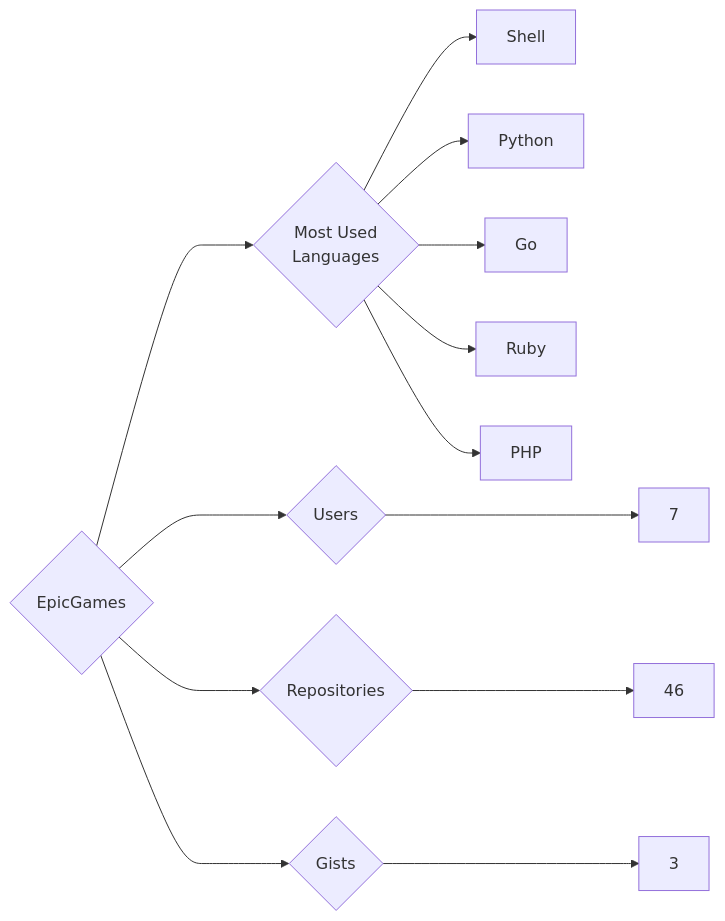
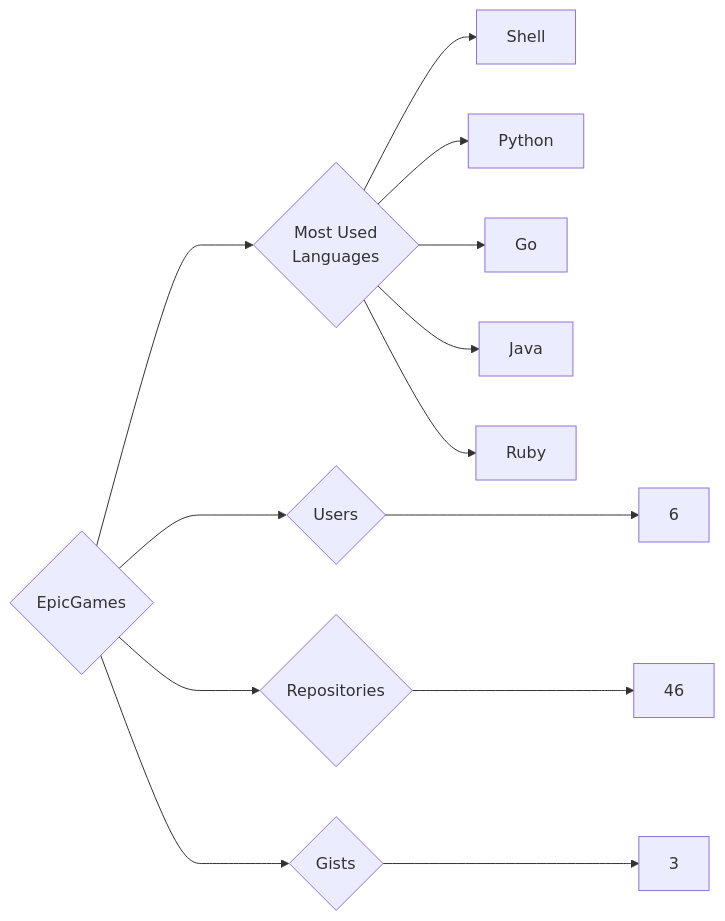
One commit to trickest/insiders changed the diagram in targets/EpicGames/README.md. Above: the diagram before and after it, drawn with Mermaid. The commit also changed 988 other files, not shown here.

````diff
--- a/targets/EpicGames/README.md
+++ b/targets/EpicGames/README.md
@@ -3,13 +3,13 @@
 ```mermaid
 graph LR
 COMPANY_NAME{EpicGames}
-COMPANY_NAME ---> U{Users} ---> UN[7]
+COMPANY_NAME ---> U{Users} ---> UN[6]
 COMPANY_NAME ---> R{Repositories} ---> RN[46]
 COMPANY_NAME ---> G{Gists} ---> GN[3]
 COMPANY_NAME ---> ML{Most Used<br>Languages}
 ML --> Shell[Shell]
 ML --> Python[Python]
 ML --> Go[Go]
+ML --> Java[Java]
 ML --> Ruby[Ruby]
-ML --> PHP[PHP]
 ```
````
